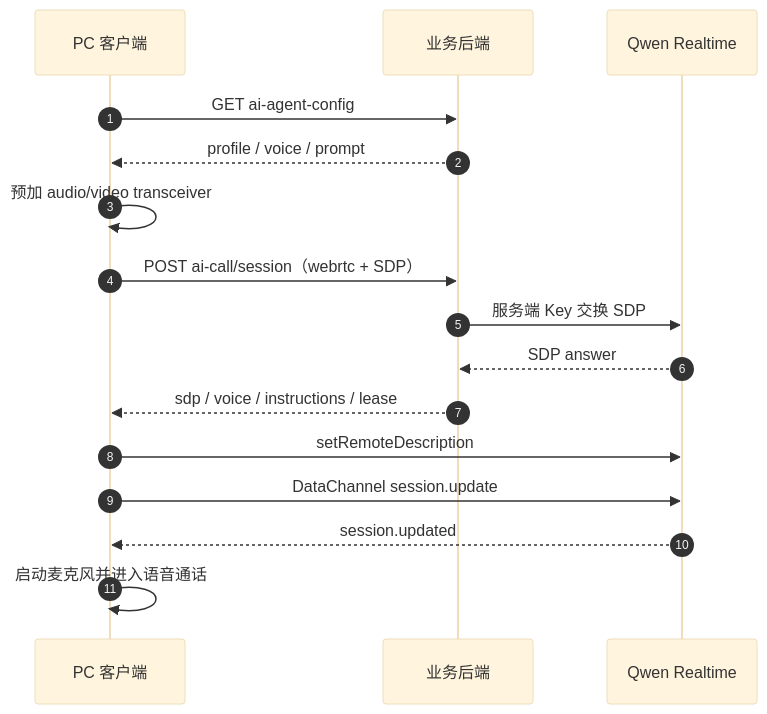
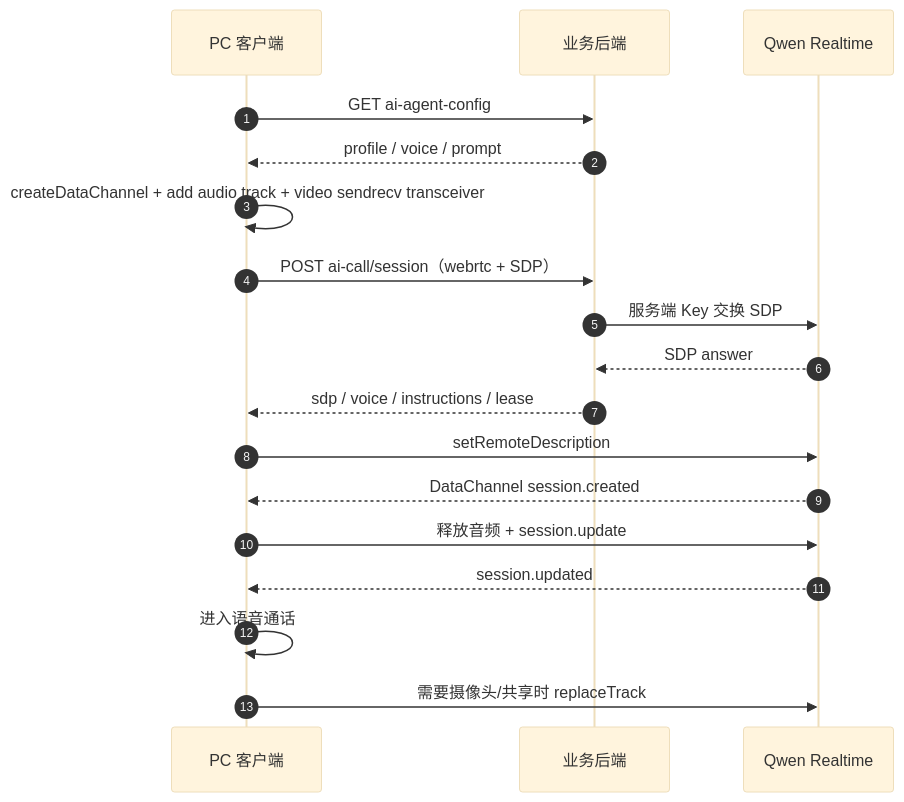
Before and after one commit to John-Shao/we-meet: the second of 3 diagrams in docs/extensions/PC桌面端_AI打电话设计.md, drawn with Mermaid (base theme). The commit also changed other lines of this file and 1 other file, not shown here.

````diff
--- a/docs/extensions/PC桌面端_AI打电话设计.md
+++ b/docs/extensions/PC桌面端_AI打电话设计.md
@@ -330,19 +338,21 @@
 ```mermaid
 sequenceDiagram
     autonumber
     participant UI as PC 客户端
     participant API as 业务后端
     participant Qwen as Qwen Realtime
 
     UI->>API: GET ai-agent-config
     API-->>UI: profile / voice / prompt
-    UI->>UI: 预加 audio/video transceiver
+    UI->>UI: createDataChannel + add audio track + video sendrecv transceiver
     UI->>API: POST ai-call/session（webrtc + SDP）
     API->>Qwen: 服务端 Key 交换 SDP
     Qwen-->>API: SDP answer
     API-->>UI: sdp / voice / instructions / lease
     UI->>Qwen: setRemoteDescription
-    UI->>Qwen: DataChannel session.update
+    Qwen-->>UI: DataChannel session.created
+    UI->>Qwen: 释放音频 + session.update
     Qwen-->>UI: session.updated
-    UI->>UI: 启动麦克风并进入语音通话
+    UI->>UI: 进入语音通话
+    UI->>Qwen: 需要摄像头/共享时 replaceTrack
 ```
````
